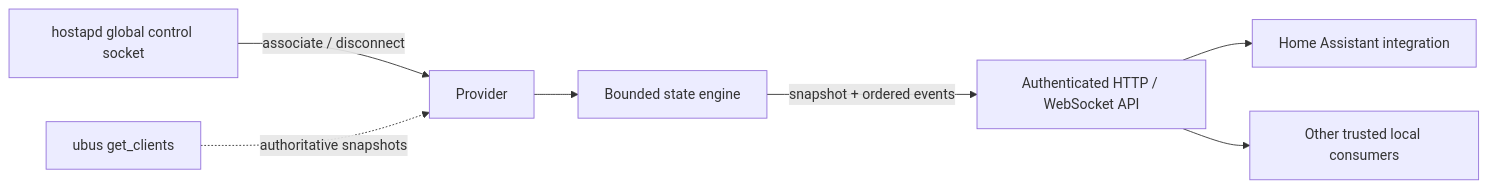
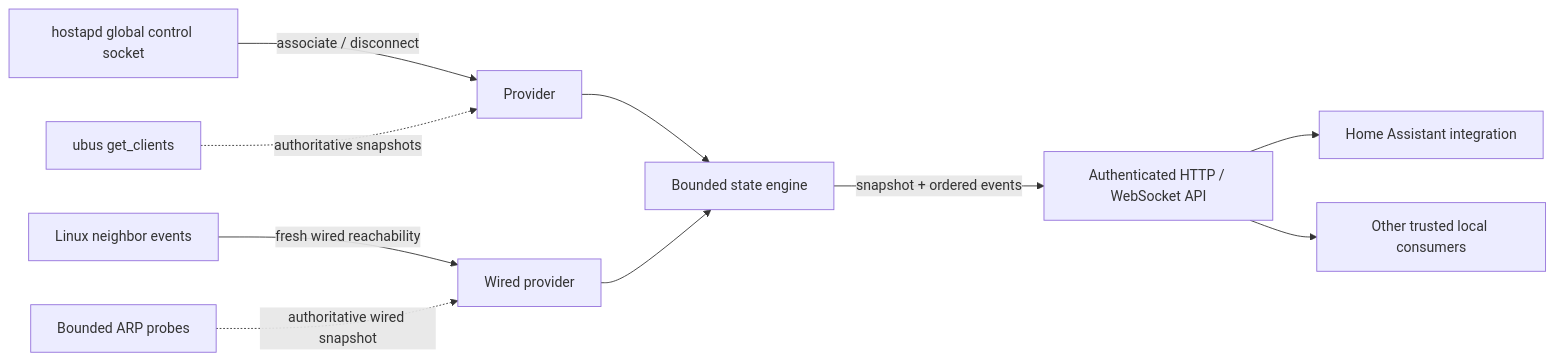
The diagram in README.md (theoabw/openwrt-presence-agent), drawn with Mermaid before and after one commit. The commit also changed other lines of this file and 25 other files, not shown here.

````diff
--- a/README.md
+++ b/README.md
@@ -103,9 +104,12 @@
 ```mermaid
 flowchart LR
     A[hostapd global control socket] -->|associate / disconnect| B[Provider]
     C[ubus get_clients] -.->|authoritative snapshots| B
+    H[Linux neighbor events] -->|fresh wired reachability| I[Wired provider]
+    J[Bounded ARP probes] -.->|authoritative wired snapshot| I
     B --> D[Bounded state engine]
+    I --> D
     D -->|snapshot + ordered events| E[Authenticated HTTP / WebSocket API]
     E --> F[Home Assistant integration]
     E --> G[Other trusted local consumers]
 ```
````
